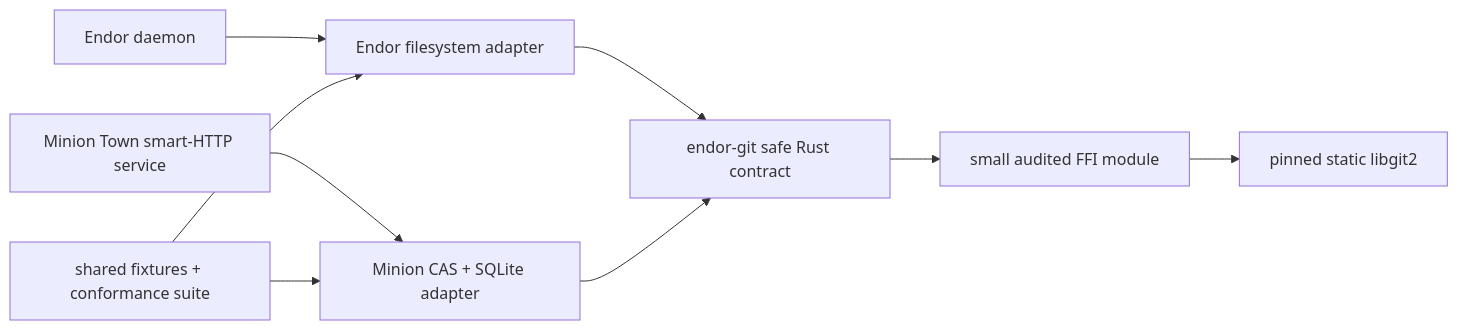
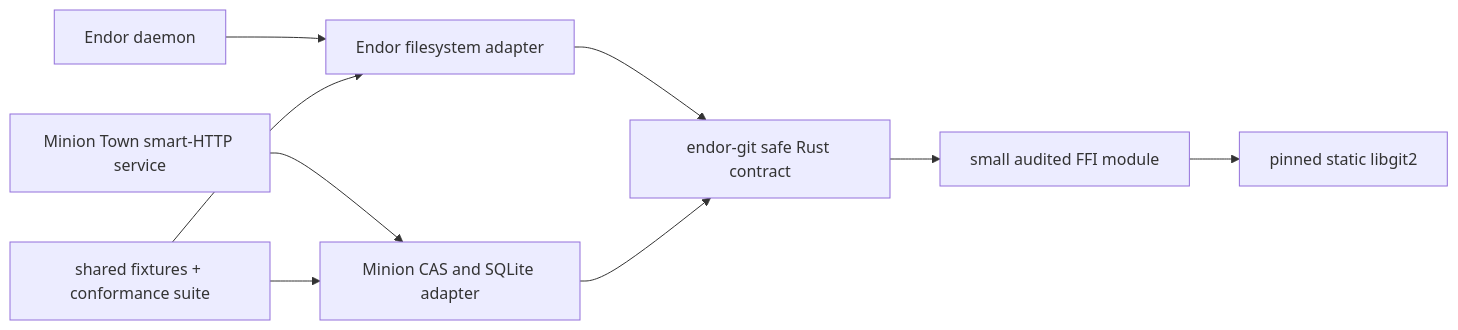
One commit to endojs/endo-but-for-bots changed the diagram in designs/endor-git-bindings.md. Above: the diagram before and after it, drawn with Mermaid. The commit also changed other lines of this file and 1 other file, not shown here.

````diff
--- a/designs/endor-git-bindings.md
+++ b/designs/endor-git-bindings.md
@@ -63,11 +75,11 @@
 ```mermaid
 flowchart LR
     E["Endor daemon"] --> EC["Endor filesystem adapter"]
-    M["Minion Town smart-HTTP service"] --> MC["Minion CAS + SQLite adapter"]
+    M["Minion Town smart-HTTP service"] --> MC["Minion CAS and SQLite adapter"]
     EC --> C["endor-git safe Rust contract"]
     MC --> C
     C --> F["small audited FFI module"]
     F --> L["pinned static libgit2"]
     T["shared fixtures + conformance suite"] --> EC
     T --> MC
 ```
````
